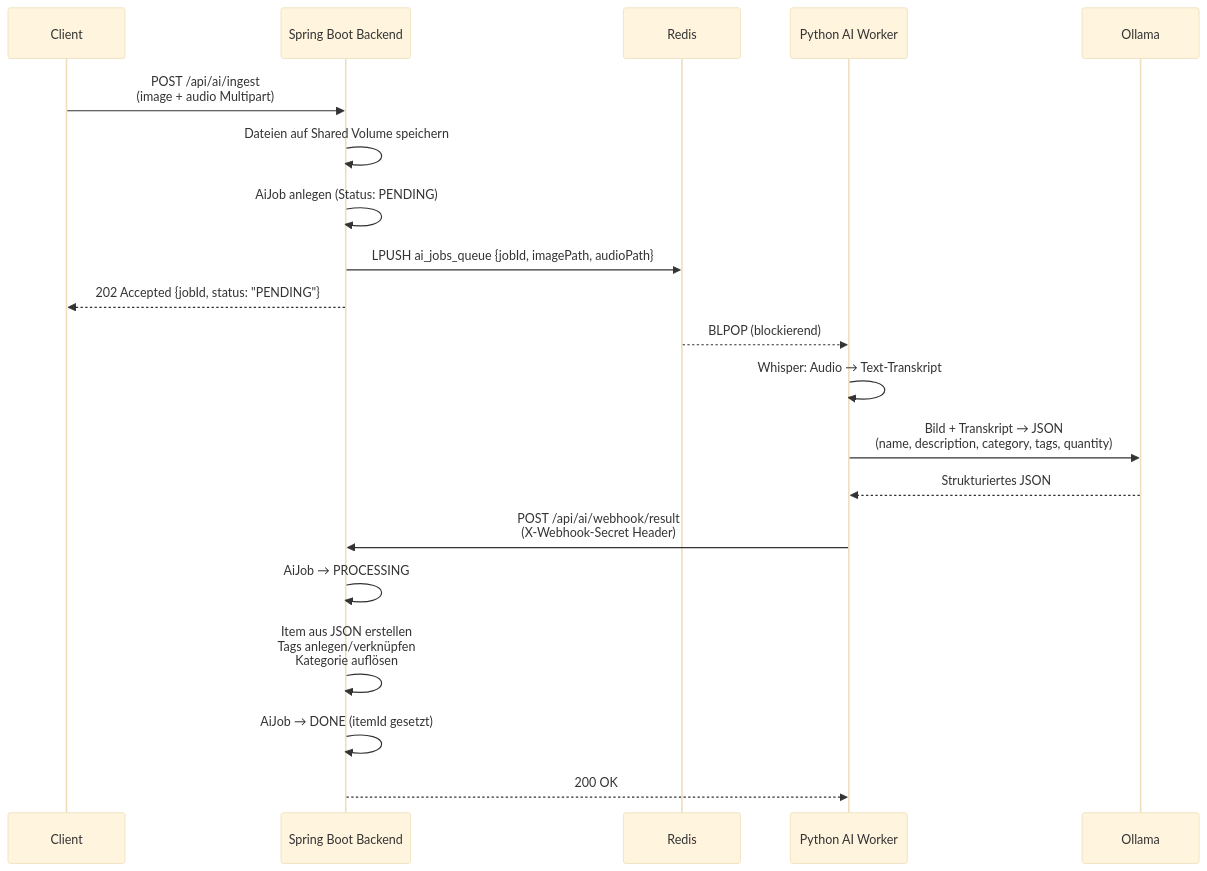
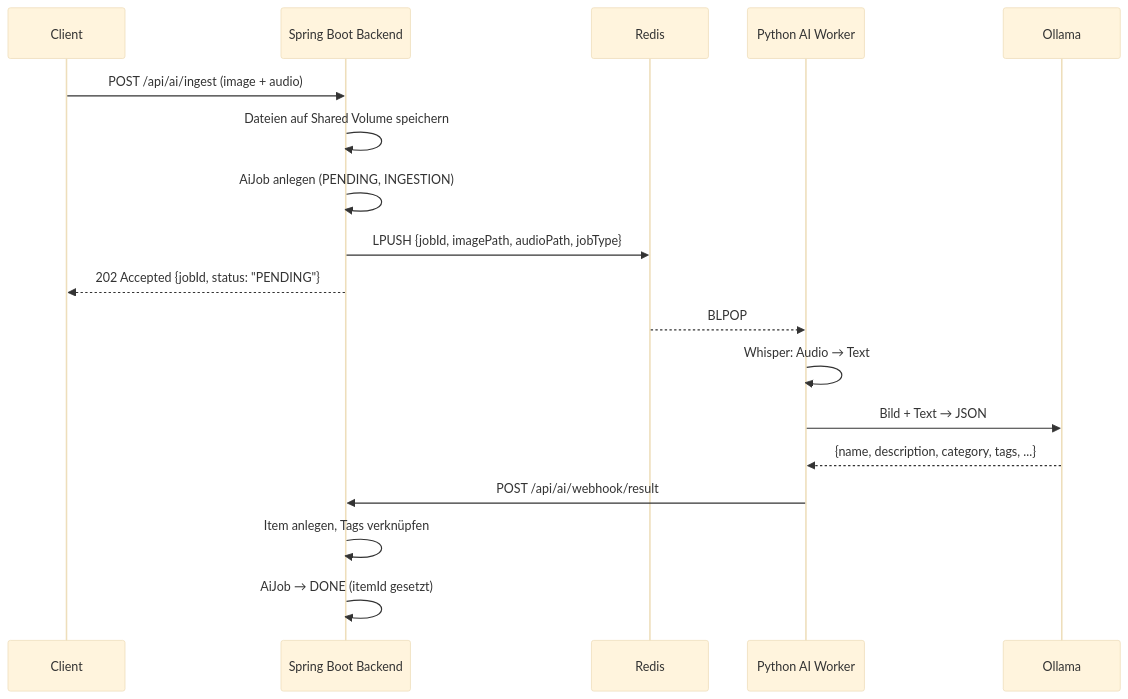
Before and after one commit to a-i-ks/kistogramm: the second of 3 diagrams in README.md, drawn with Mermaid (base theme). The commit also changed other lines of this file, not shown here.

First line of the commit message:
docs: update README for AI job types, proposal workflow and new APIs

````diff
--- a/README.md
+++ b/README.md
@@ -244,24 +270,22 @@
 ```mermaid
 sequenceDiagram
     participant Client
     participant Backend as Spring Boot Backend
     participant Redis
     participant Worker as Python AI Worker
     participant Ollama
 
-    Client->>Backend: POST /api/ai/ingest<br/>(image + audio Multipart)
+    Client->>Backend: POST /api/ai/ingest (image + audio)
     Backend->>Backend: Dateien auf Shared Volume speichern
-    Backend->>Backend: AiJob anlegen (Status: PENDING)
-    Backend->>Redis: LPUSH ai_jobs_queue {jobId, imagePath, audioPath}
+    Backend->>Backend: AiJob anlegen (PENDING, INGESTION)
+    Backend->>Redis: LPUSH {jobId, imagePath, audioPath, jobType}
     Backend-->>Client: 202 Accepted {jobId, status: "PENDING"}
 
-    Redis-->>Worker: BLPOP (blockierend)
-    Worker->>Worker: Whisper: Audio → Text-Transkript
-    Worker->>Ollama: Bild + Transkript → JSON<br/>(name, description, category, tags, quantity)
-    Ollama-->>Worker: Strukturiertes JSON
-    Worker->>Backend: POST /api/ai/webhook/result<br/>(X-Webhook-Secret Header)
-    Backend->>Backend: AiJob → PROCESSING
-    Backend->>Backend: Item aus JSON erstellen<br/>Tags anlegen/verknüpfen<br/>Kategorie auflösen
+    Redis-->>Worker: BLPOP
+    Worker->>Worker: Whisper: Audio → Text
+    Worker->>Ollama: Bild + Text → JSON
+    Ollama-->>Worker: {name, description, category, tags, ...}
+    Worker->>Backend: POST /api/ai/webhook/result
+    Backend->>Backend: Item anlegen, Tags verknüpfen
     Backend->>Backend: AiJob → DONE (itemId gesetzt)
-    Backend-->>Worker: 200 OK
 ```
````
